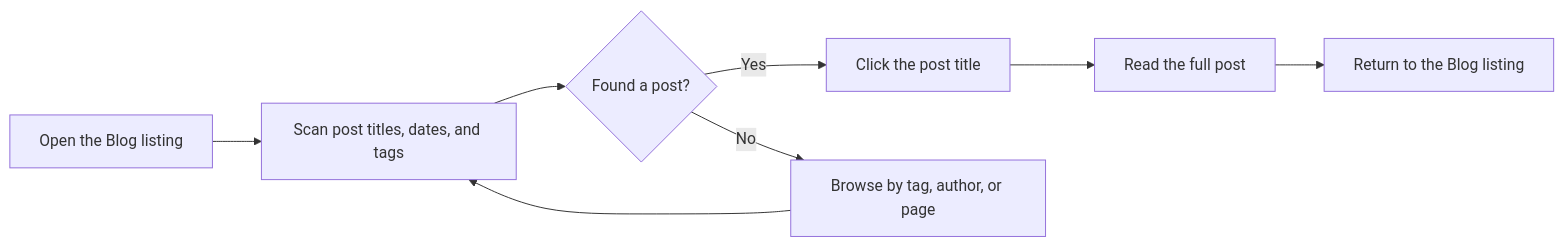
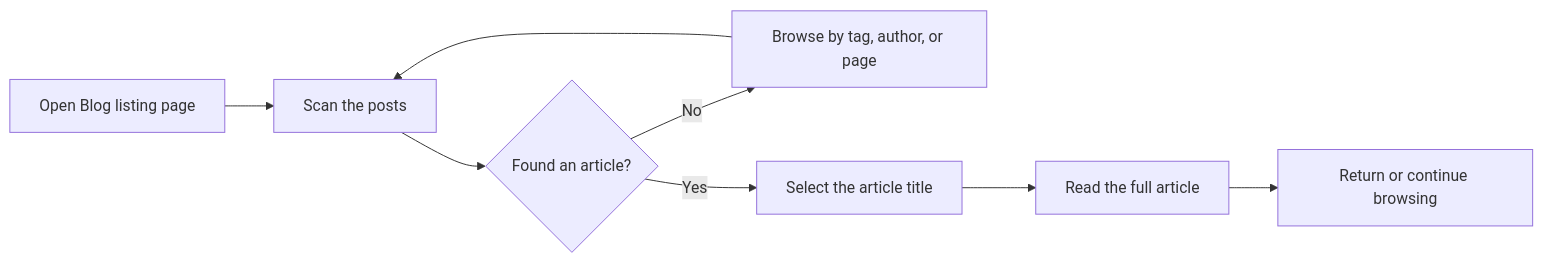
Before and after one commit to Mohita111/API2: the diagram in api2-documentation/plan_2026-11-02_f8890e/user-facing-docs/how-to-read-blog-posts.md, drawn with Mermaid. The commit also changed other lines of this file and 12 other files, not shown here.

````diff
--- a/api2-documentation/plan_2026-11-02_f8890e/user-facing-docs/how-to-read-blog-posts.md
+++ b/api2-documentation/plan_2026-11-02_f8890e/user-facing-docs/how-to-read-blog-posts.md
@@ -24,10 +6,10 @@
 ```mermaid
 graph LR
-    A[Open the Blog listing] --> B["Scan post titles, dates, and tags"]
-    B --> C{"Found a post?"}
-    C -->|Yes| D[Click the post title]
-    C -->|No| E["Browse by tag, author, or page"]
-    E --> B
-    D --> F[Read the full post]
-    F --> G[Return to the Blog listing]
+    A[Open Blog listing page] --> B[Scan the posts]
+    B --> C{"Found an article?"}
+    C -- No --> D["Browse by tag, author, or page"]
+    D --> B
+    C -- Yes --> E[Select the article title]
+    E --> F[Read the full article]
+    F --> G[Return or continue browsing]
 ```
````
